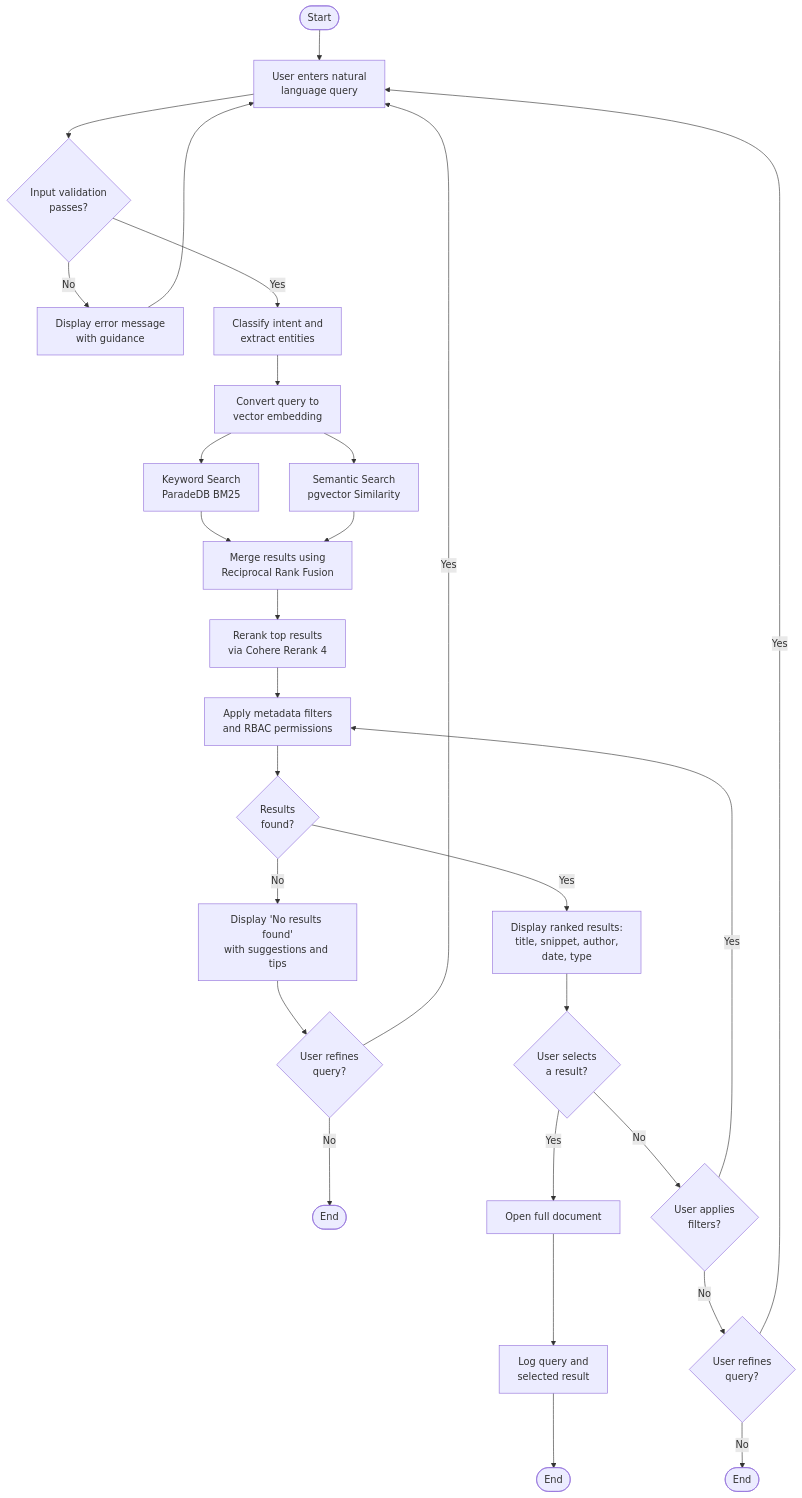
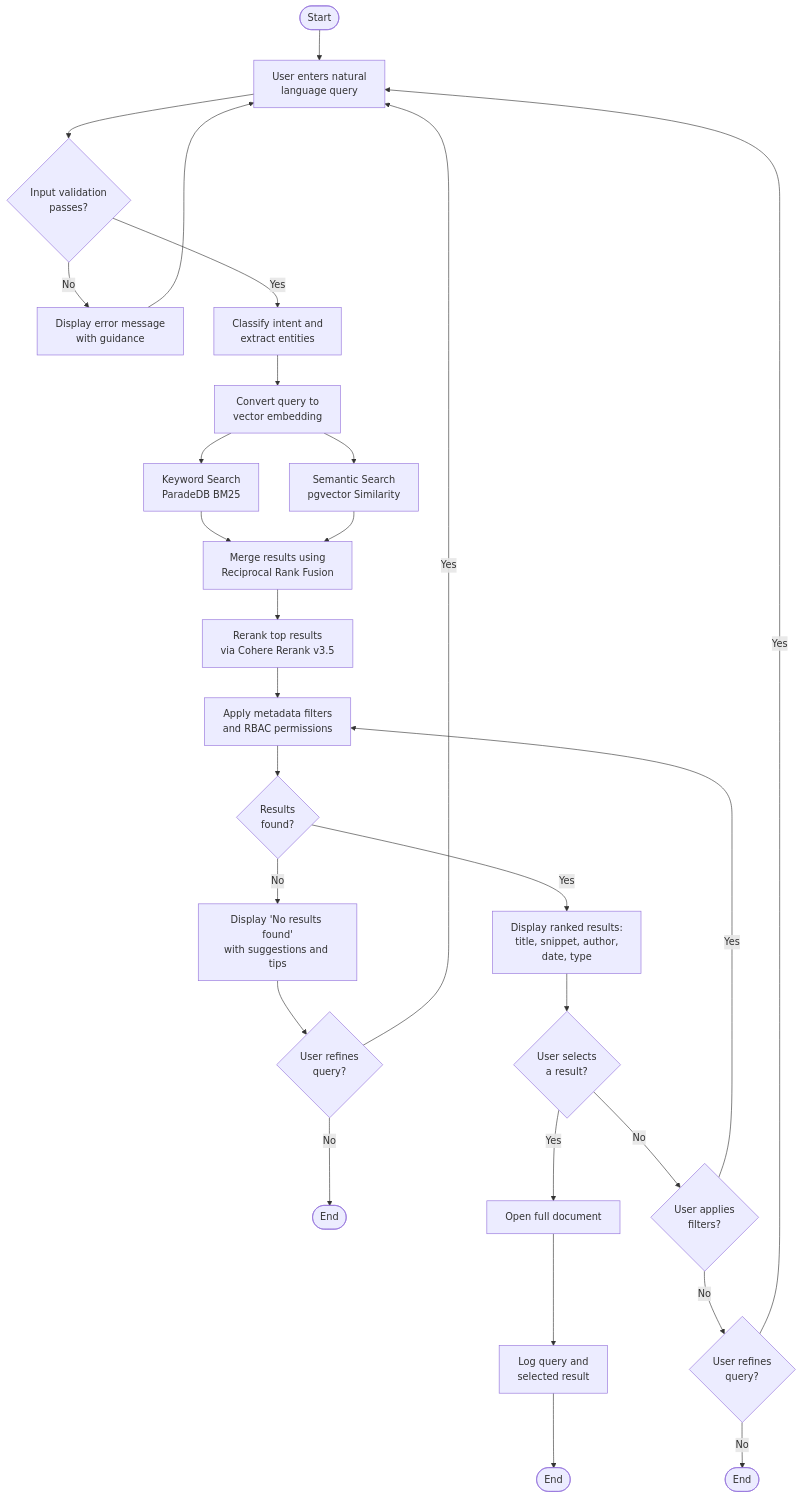
The diagram in software-engineering/diagrams/activity.mmd (FlyM1ss/capstone-project), drawn with Mermaid before and after one commit. The commit also changed 8 other files, not shown here.

Commit message:
diagram update

```diff
--- a/software-engineering/diagrams/activity.mmd
+++ b/software-engineering/diagrams/activity.mmd
@@ -1,28 +1,28 @@
 flowchart TD
     Start([Start]) --> A[User enters natural<br/>language query]
     A --> B{Input validation<br/>passes?}
     B -->|No| C[Display error message<br/>with guidance]
     C --> A
     B -->|Yes| D[Classify intent and<br/>extract entities]
     D --> E[Convert query to<br/>vector embedding]
     E --> F1[Keyword Search<br/>ParadeDB BM25]
     E --> F2[Semantic Search<br/>pgvector Similarity]
     F1 --> G[Merge results using<br/>Reciprocal Rank Fusion]
     F2 --> G
-    G --> G2[Rerank top results<br/>via Cohere Rerank 4]
+    G --> G2[Rerank top results<br/>via Cohere Rerank v3.5]
     G2 --> H[Apply metadata filters<br/>and RBAC permissions]
     H --> I{Results<br/>found?}
     I -->|No| J["Display 'No results found'<br/>with suggestions and tips"]
     J --> K{User refines<br/>query?}
     K -->|Yes| A
     K -->|No| End1([End])
     I -->|Yes| L[Display ranked results:<br/>title, snippet, author,<br/>date, type]
     L --> M{User selects<br/>a result?}
     M -->|Yes| N[Open full document]
     N --> O[Log query and<br/>selected result]
     O --> End2([End])
     M -->|No| P{User applies<br/>filters?}
     P -->|Yes| H
     P -->|No| Q{User refines<br/>query?}
     Q -->|Yes| A
     Q -->|No| End3([End])
```
